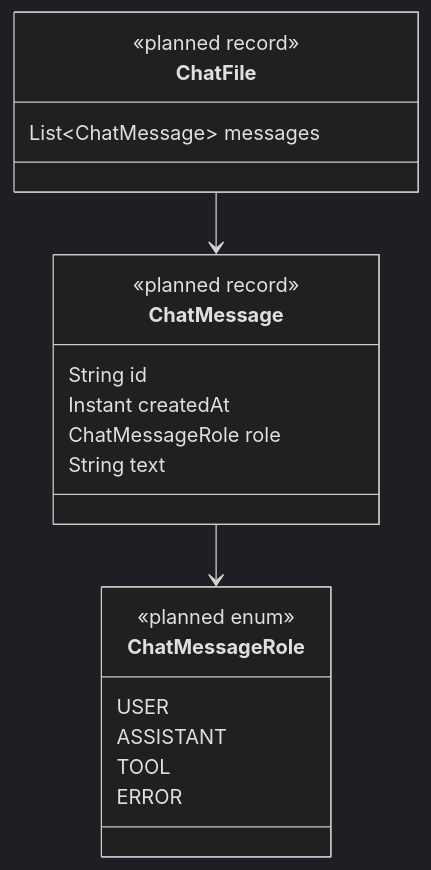
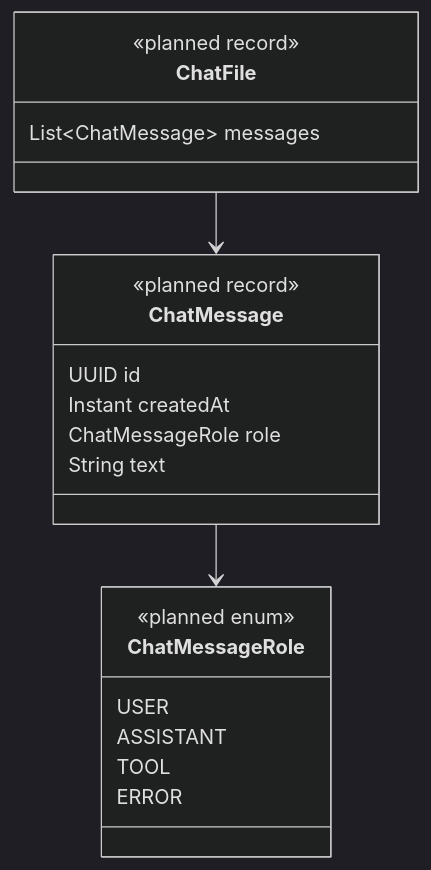
One commit to codegeist-ai/codegeist changed the third of 17 diagrams in docs/tasks/T007_build-codegeist-runtime-harness/runtime-harness-spec.md. Above: the diagram before and after it, drawn with Mermaid (dark theme). The commit also changed other lines of this file and 47 other files, not shown here.

````diff
--- a/docs/tasks/T007_build-codegeist-runtime-harness/runtime-harness-spec.md
+++ b/docs/tasks/T007_build-codegeist-runtime-harness/runtime-harness-spec.md
@@ -145,28 +145,28 @@
 ```mermaid
 classDiagram
     direction TB
 
     class ChatFile {
       <<planned record>>
       List~ChatMessage~ messages
     }
 
     class ChatMessage {
       <<planned record>>
-      String id
+      UUID id
       Instant createdAt
       ChatMessageRole role
       String text
     }
 
     class ChatMessageRole {
       <<planned enum>>
       USER
       ASSISTANT
       TOOL
       ERROR
     }
 
     ChatFile --> ChatMessage
     ChatMessage --> ChatMessageRole
 ```
````
